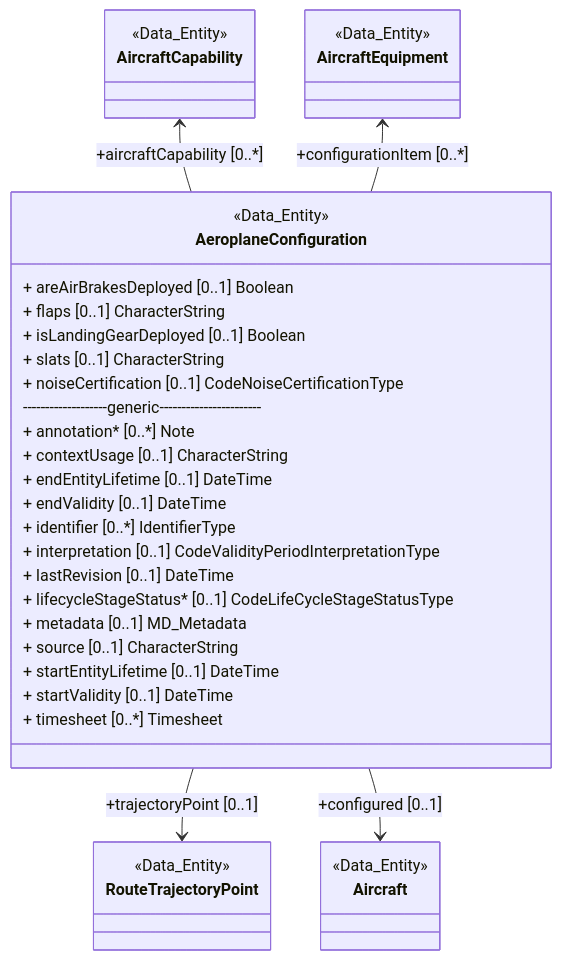
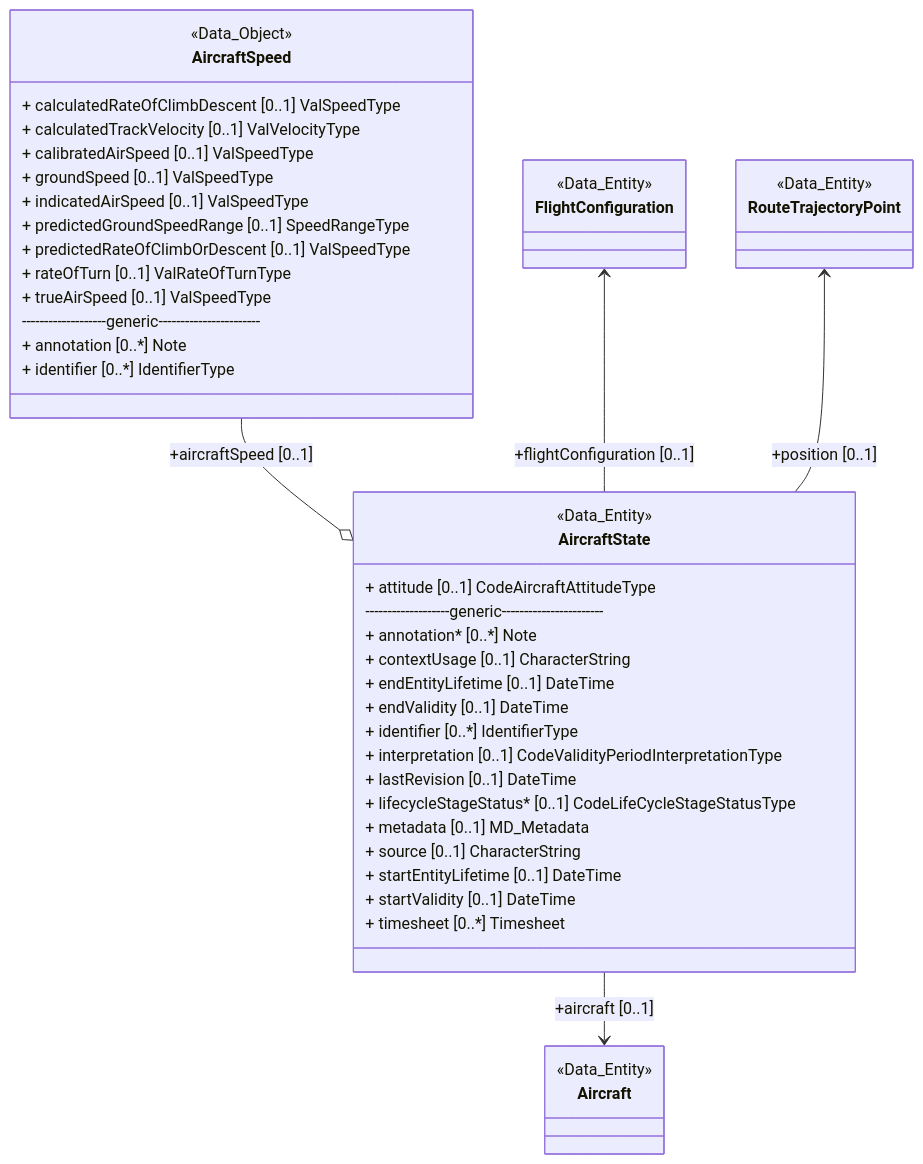
The second of 55 diagrams in README.md (hlepori/testAIRM), drawn with Mermaid before and after one commit. The commit also changed other lines of this file, not shown here.

````diff
--- a/README.md
+++ b/README.md
@@ -1,41 +20,49 @@
 ```mermaid	
 classDiagram	
-class AeroplaneConfiguration	
-<<Data_Entity>> AeroplaneConfiguration	
-link AeroplaneConfiguration "https://airm.aero/developers/advanced-search/1.0.0/AeroplaneConfiguration?model=LogicalModel" "Go to definition"	
-AeroplaneConfiguration : + areAirBrakesDeployed [0..1] Boolean	
-AeroplaneConfiguration : + flaps [0..1] CharacterString	
-AeroplaneConfiguration : + isLandingGearDeployed [0..1] Boolean	
-AeroplaneConfiguration : + slats [0..1] CharacterString	
+class AircraftState	
+<<Data_Entity>> AircraftState	
+link AircraftState "https://airm.aero/developers/advanced-search/1.0.0/AircraftState?model=LogicalModel" "Go to definition"	
+class Aircraft	
+<<Data_Entity>> Aircraft	
+link Aircraft "https://airm.aero/developers/advanced-search/1.0.0/Aircraft?model=LogicalModel" "Go to definition"	
+AircraftState --> Aircraft : +aircraft [0..1]	
+class AircraftSpeed	
+<<Data_Object>> AircraftSpeed	
+link AircraftSpeed "https://airm.aero/developers/advanced-search/1.0.0/AircraftSpeed?model=LogicalModel" "Go to definition"	
+AircraftSpeed : + calculatedRateOfClimbDescent [0..1] ValSpeedType	
+AircraftSpeed : + calculatedTrackVelocity [0..1] ValVelocityType	
+AircraftSpeed : + calibratedAirSpeed [0..1] ValSpeedType	
+AircraftSpeed : + groundSpeed [0..1] ValSpeedType	
+AircraftSpeed : + indicatedAirSpeed [0..1] ValSpeedType	
+AircraftSpeed : + predictedGroundSpeedRange [0..1] SpeedRangeType	
+AircraftSpeed : + predictedRateOfClimbOrDescent [0..1] ValSpeedType	
+AircraftSpeed : + rateOfTurn [0..1] ValRateOfTurnType	
+AircraftSpeed : + trueAirSpeed [0..1] ValSpeedType	
+AircraftSpeed: -------------------generic-----------------------	
+AircraftSpeed : + annotation [0..*] Note	
+AircraftSpeed : + identifier [0..*] IdentifierType	
+AircraftSpeed --o AircraftState : +aircraftSpeed [0..1]	
+AircraftState : + attitude [0..1] CodeAircraftAttitudeType	
+class FlightConfiguration	
+<<Data_Entity>> FlightConfiguration	
+link FlightConfiguration "https://airm.aero/developers/advanced-search/1.0.0/FlightConfiguration?model=LogicalModel" "Go to definition"	
+FlightConfiguration <-- AircraftState : +flightConfiguration [0..1]	
 class RouteTrajectoryPoint	
 <<Data_Entity>> RouteTrajectoryPoint	
 link RouteTrajectoryPoint "https://airm.aero/developers/advanced-search/1.0.0/RouteTrajectoryPoint?model=LogicalModel" "Go to definition"	
-AeroplaneConfiguration --> RouteTrajectoryPoint : +trajectoryPoint [0..1]	
-class AircraftCapability	
-<<Data_Entity>> AircraftCapability	
-link AircraftCapability "https://airm.aero/developers/advanced-search/1.0.0/AircraftCapability?model=LogicalModel" "Go to definition"	
-AircraftCapability <-- AeroplaneConfiguration : +aircraftCapability [0..*]	
-class AircraftEquipment	
-<<Data_Entity>> AircraftEquipment	
-link AircraftEquipment "https://airm.aero/developers/advanced-search/1.0.0/AircraftEquipment?model=LogicalModel" "Go to definition"	
-AircraftEquipment <-- AeroplaneConfiguration : +configurationItem [0..*]	
-class Aircraft	
-<<Data_Entity>> Aircraft	
-link Aircraft "https://airm.aero/developers/advanced-search/1.0.0/Aircraft?model=LogicalModel" "Go to definition"	
-AeroplaneConfiguration --> Aircraft : +configured [0..1]	
-AeroplaneConfiguration : + noiseCertification [0..1] CodeNoiseCertificationType	
-AeroplaneConfiguration: -------------------generic-----------------------	
-AeroplaneConfiguration : + annotation* [0..*] Note	
-AeroplaneConfiguration : + contextUsage [0..1] CharacterString	
-AeroplaneConfiguration : + endEntityLifetime [0..1] DateTime	
-AeroplaneConfiguration : + endValidity [0..1] DateTime	
-AeroplaneConfiguration : + identifier [0..*] IdentifierType	
-AeroplaneConfiguration : + interpretation [0..1] CodeValidityPeriodInterpretationType	
-AeroplaneConfiguration : + lastRevision [0..1] DateTime	
-AeroplaneConfiguration : + lifecycleStageStatus* [0..1] CodeLifeCycleStageStatusType	
-AeroplaneConfiguration : + metadata [0..1] MD_Metadata	
-AeroplaneConfiguration : + source [0..1] CharacterString	
-AeroplaneConfiguration : + startEntityLifetime [0..1] DateTime	
-AeroplaneConfiguration : + startValidity [0..1] DateTime	
-AeroplaneConfiguration : + timesheet [0..*] Timesheet	
+RouteTrajectoryPoint <-- AircraftState : +position [0..1]	
+AircraftState: -------------------generic-----------------------	
+AircraftState : + annotation* [0..*] Note	
+AircraftState : + contextUsage [0..1] CharacterString	
+AircraftState : + endEntityLifetime [0..1] DateTime	
+AircraftState : + endValidity [0..1] DateTime	
+AircraftState : + identifier [0..*] IdentifierType	
+AircraftState : + interpretation [0..1] CodeValidityPeriodInterpretationType	
+AircraftState : + lastRevision [0..1] DateTime	
+AircraftState : + lifecycleStageStatus* [0..1] CodeLifeCycleStageStatusType	
+AircraftState : + metadata [0..1] MD_Metadata	
+AircraftState : + source [0..1] CharacterString	
+AircraftState : + startEntityLifetime [0..1] DateTime	
+AircraftState : + startValidity [0..1] DateTime	
+AircraftState : + timesheet [0..*] Timesheet	
 ```	
````
